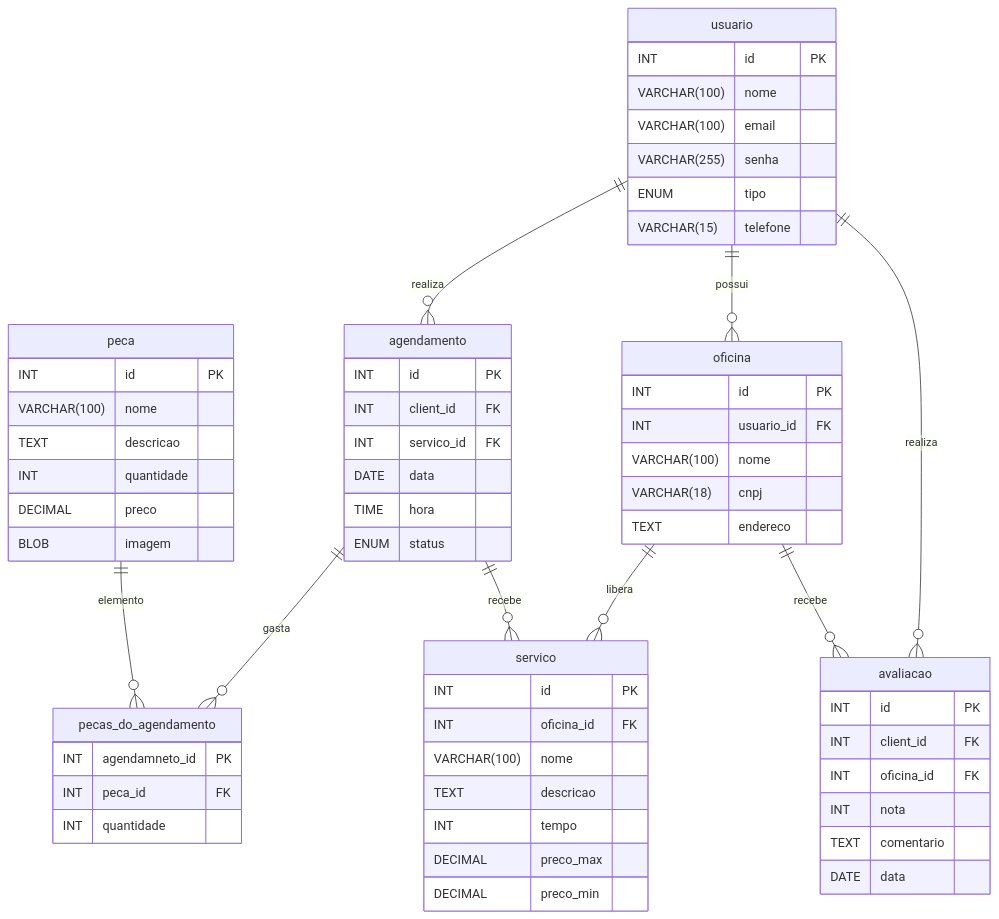
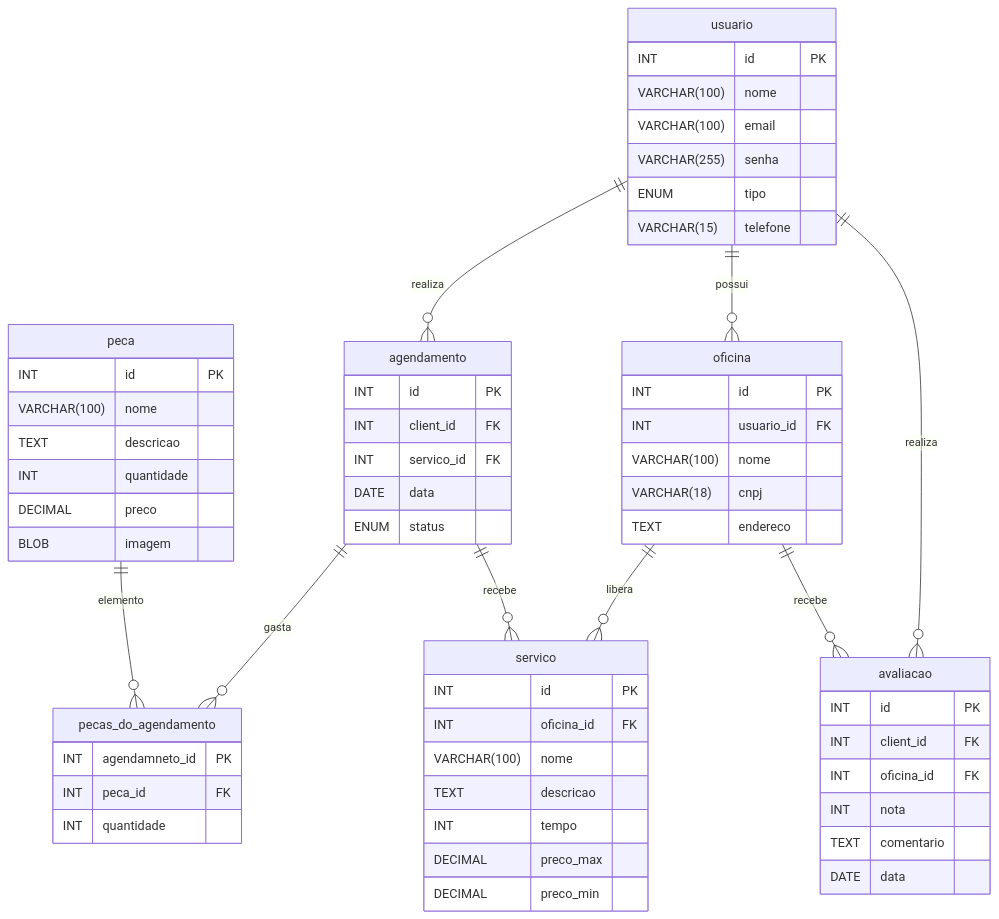
One commit to arthurazvd/mechapp changed the diagram in docs/arquitetura.md. Above: the diagram before and after it, drawn with Mermaid. The commit also changed 5 other files, not shown here.

````diff
--- a/docs/arquitetura.md
+++ b/docs/arquitetura.md
@@ -18,73 +18,72 @@
 ```mermaid
 
 erDiagram
     usuario {
         INT id PK
         VARCHAR(100) nome
         VARCHAR(100) email
         VARCHAR(255) senha
         ENUM tipo
         VARCHAR(15) telefone
     }
 
     oficina {
         INT id PK
         INT usuario_id FK
         VARCHAR(100) nome
         VARCHAR(18) cnpj
         TEXT endereco
     }
 
     servico {
         INT id PK
         INT oficina_id FK
         VARCHAR(100) nome
         TEXT descricao
         INT tempo
         DECIMAL preco_max
         DECIMAL preco_min
     }
 
     peca {
         INT id PK
         VARCHAR(100) nome
         TEXT descricao
         INT quantidade
         DECIMAL preco
         BLOB imagem
     }
 
     agendamento {
         INT id PK
         INT client_id FK
         INT servico_id FK
         DATE data
-        TIME hora
         ENUM status
     }
 
     avaliacao {
         INT id PK
         INT client_id FK
         INT oficina_id FK
         INT nota
         TEXT comentario
         DATE data
     }
 
     pecas_do_agendamento {
         INT agendamneto_id PK
         INT peca_id FK
         INT quantidade
     }
 
 
     usuario ||--o{ agendamento : realiza
     usuario ||--o{ oficina : possui
     usuario ||--o{ avaliacao : realiza
     oficina ||--o{ avaliacao: recebe
     oficina ||--o{ servico : libera
     agendamento ||--o{ servico : recebe
     agendamento ||--o{ pecas_do_agendamento : gasta
     peca ||--o{ pecas_do_agendamento : elemento
 ```
````
